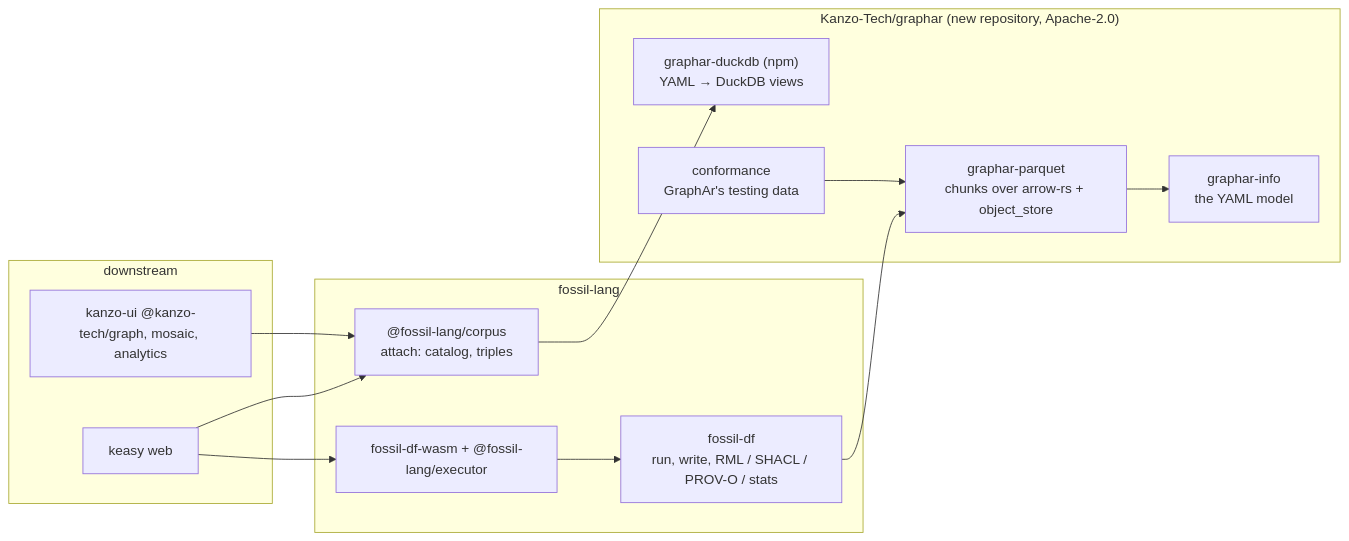
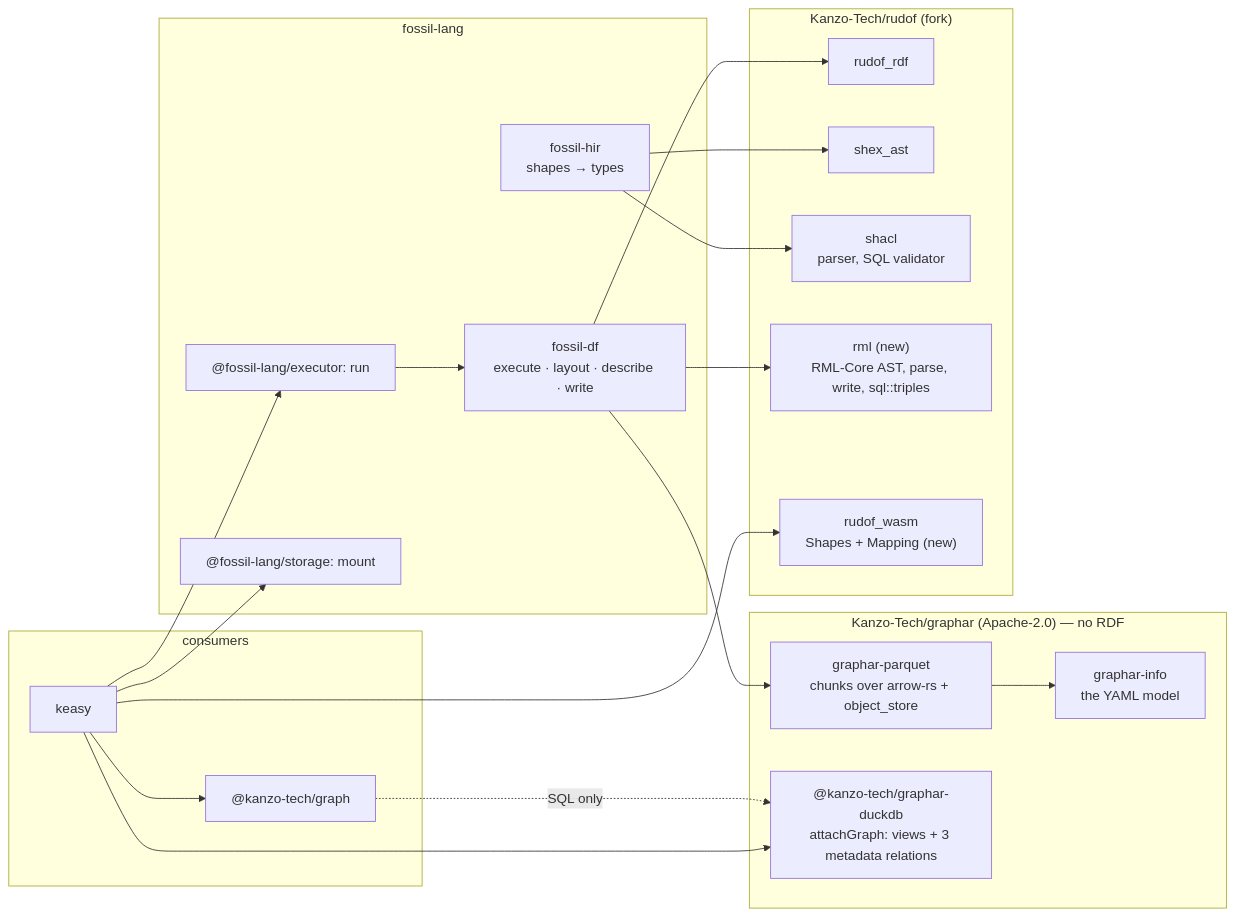
The diagram in docs/content/docs/design/graphar.mdx (Kanzo-Tech/fossil-lang), drawn with Mermaid before and after one commit. The commit also changed other lines of this file and 4 other files, not shown here.

First line of the commit message:
docs(design): the corpus as GraphAr, architecture v2 with the owner's decisions

````diff
--- a/docs/content/docs/design/graphar.mdx
+++ b/docs/content/docs/design/graphar.mdx
@@ -36,26 +43,38 @@
 ```mermaid
 flowchart LR
-  subgraph G["Kanzo-Tech/graphar (new repository, Apache-2.0)"]
+  subgraph G["Kanzo-Tech/graphar (Apache-2.0) — no RDF"]
     info["graphar-info<br/>the YAML model"]
     pq["graphar-parquet<br/>chunks over arrow-rs + object_store"]
-    js["graphar-duckdb (npm)<br/>YAML → DuckDB views"]
-    conf["conformance<br/>GraphAr's testing data"]
+    js["@kanzo-tech/graphar-duckdb<br/>attachGraph: views + 3 metadata relations"]
+  end
+  subgraph R["Kanzo-Tech/rudof (fork)"]
+    rdf["rudof_rdf"]
+    shex["shex_ast"]
+    shacl["shacl<br/>parser, SQL validator"]
+    rml["rml (new)<br/>RML-Core AST, parse, write, sql::triples"]
+    rw["rudof_wasm<br/>Shapes + Mapping (new)"]
   end
   subgraph F["fossil-lang"]
-    df["fossil-df<br/>run, write, RML / SHACL / PROV-O / stats"]
-    dfw["fossil-df-wasm + @fossil-lang/executor"]
-    corpus["@fossil-lang/corpus<br/>attach: catalog, triples"]
+    hir["fossil-hir<br/>shapes → types"]
+    df["fossil-df<br/>execute · layout · describe · write"]
+    exe["@fossil-lang/executor: run"]
+    st["@fossil-lang/storage: mount"]
   end
-  subgraph D["downstream"]
-    ui["kanzo-ui @kanzo-tech/graph, mosaic, analytics"]
-    keasy["keasy web"]
+  subgraph D["consumers"]
+    ui["@kanzo-tech/graph"]
+    keasy["keasy"]
   end
   pq --> info
-  conf --> pq
+  hir --> shex
+  hir --> shacl
   df --> pq
-  dfw --> df
-  corpus --> js
-  ui --> corpus
-  keasy --> corpus
-  keasy --> dfw
+  df --> rml
+  df --> rdf
+  exe --> df
+  ui -. SQL only .-> js
+  keasy --> exe
+  keasy --> st
+  keasy --> js
+  keasy --> rw
+  keasy --> ui
 ```
````
